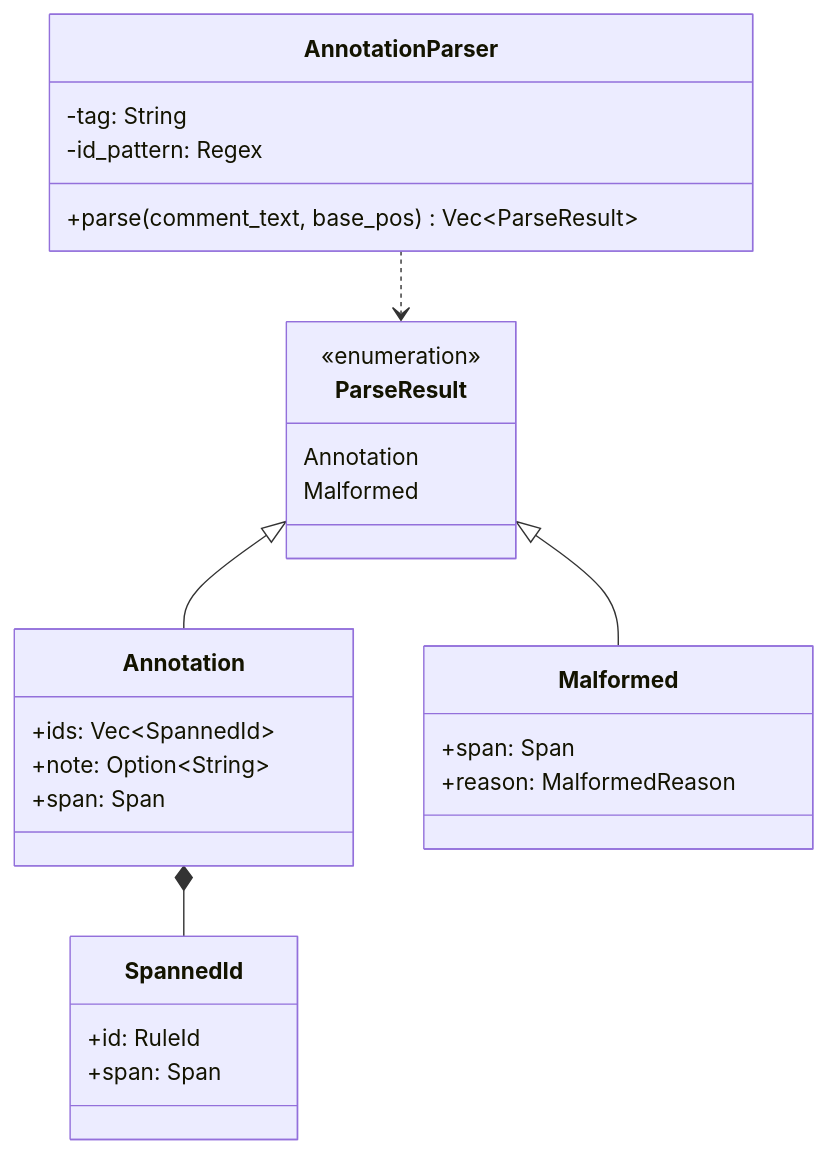
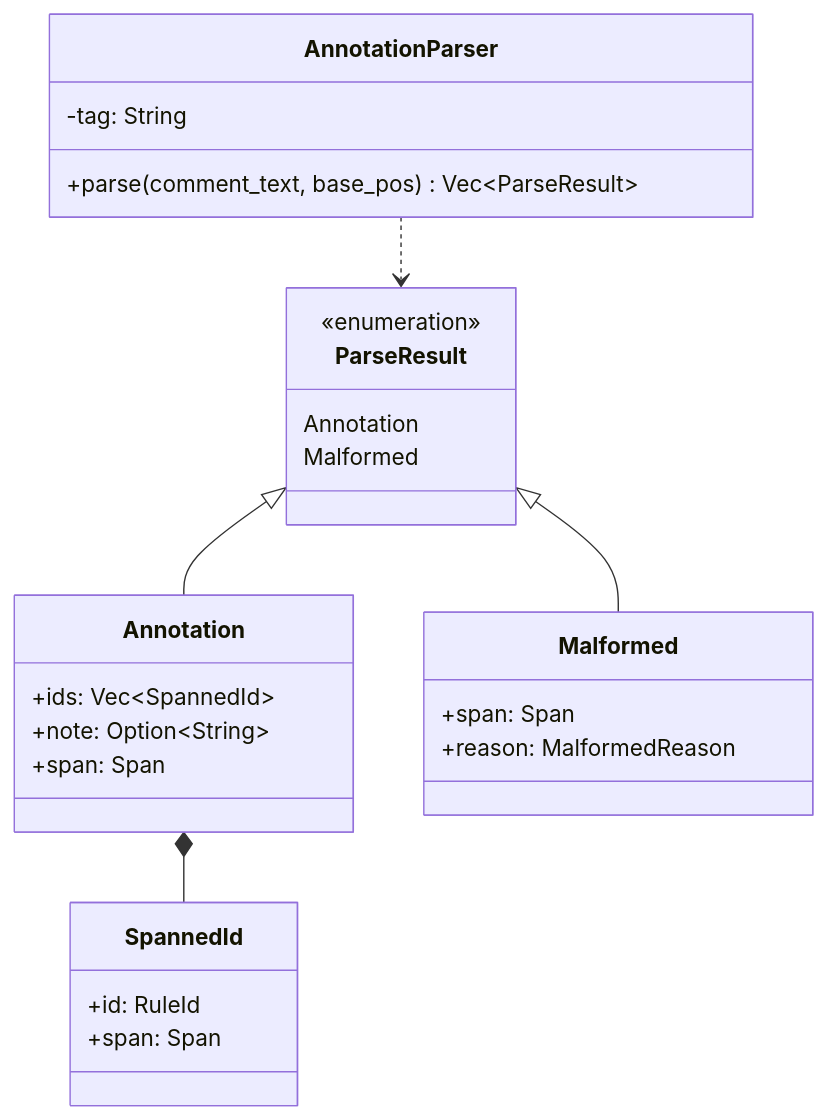
One commit to E-Jacques/Rulelink changed the first of 7 diagrams in docs/architecture/03-code-linking.md. Above: the diagram before and after it, drawn with Mermaid. The commit also changed other lines of this file and 5 other files, not shown here.

First line of the commit message:
docs(architecture): update the check design for the Findings about the Source

````diff
--- a/docs/architecture/03-code-linking.md
+++ b/docs/architecture/03-code-linking.md
@@ -111,30 +111,29 @@
 ```mermaid
 classDiagram
     class AnnotationParser {
         -tag: String
-        -id_pattern: Regex
         +parse(comment_text, base_pos) Vec~ParseResult~
     }
     class ParseResult {
         <<enumeration>>
         Annotation
         Malformed
     }
     class Annotation {
         +ids: Vec~SpannedId~
         +note: Option~String~
         +span: Span
     }
     class SpannedId {
         +id: RuleId
         +span: Span
     }
     class Malformed {
         +span: Span
         +reason: MalformedReason
     }
     AnnotationParser ..> ParseResult
     ParseResult <|-- Annotation
     ParseResult <|-- Malformed
     Annotation *-- SpannedId
 ```
````
